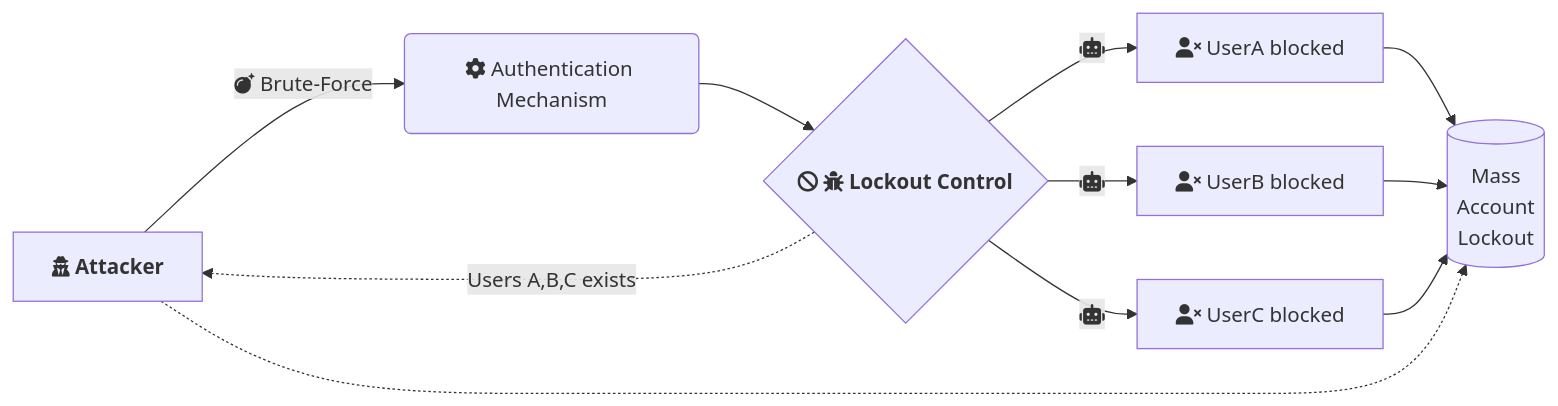
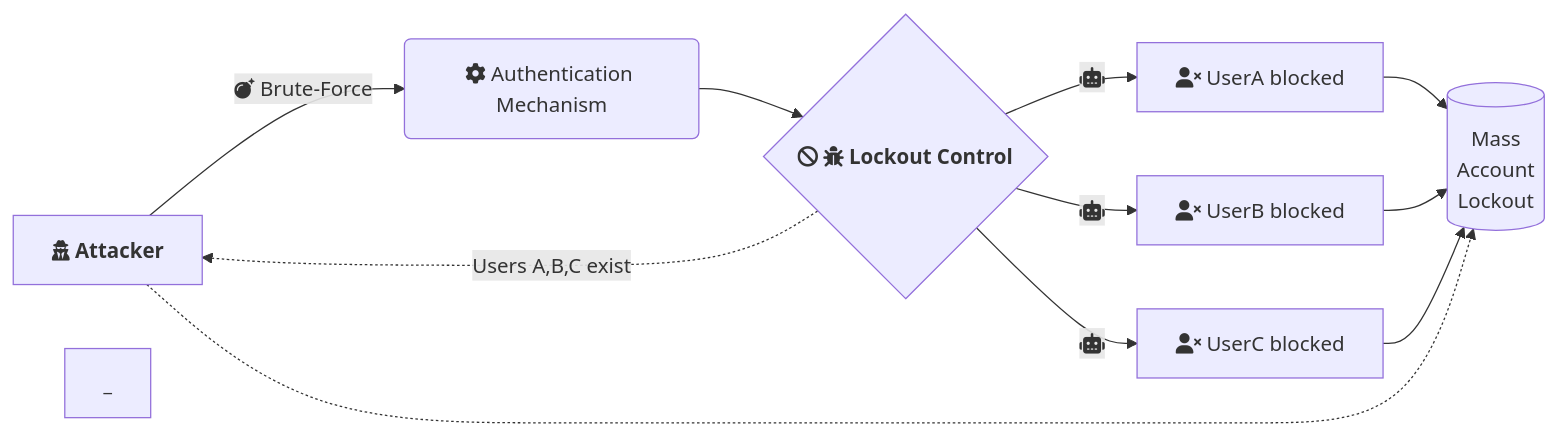
One commit to s4dhulabs/LFWFBD changed the fifth of 6 diagrams in Cases/LFCS-01.md. Above: the diagram before and after it, drawn with Mermaid. The commit also changed other lines of this file, not shown here.

````diff
--- a/Cases/LFCS-01.md
+++ b/Cases/LFCS-01.md
@@ -173,16 +174,16 @@
 ```mermaid
 graph LR
     %%require:tcejorpuhd4s1.1
     A[fa:fa-user-secret <b>Attacker </b>] -->|fa:fa-bomb Brute-Force| B(fa:fa-cog Authentication Mechanism)
     B --> C{fa:fa-ban fa:fa-bug <b>Lockout Control</b>}         
     C -->|fa:fa-robot| D[fa:fa-user-times UserA blocked]
     C -->|fa:fa-robot| E[fa:fa-user-times UserB blocked]
     C -->|fa:fa-robot| F[fa:fa-user-times UserC blocked]
     D --> id1[(Mass <br/> Account <br/> Lockout)]
     E --> id1
     F --> id1
     A -.-> id1 
-    C -.-> |Users A,B,C exists|A
-   
+    C -.-> |Users A,B,C exist|A
+    _
 
 ```
````
